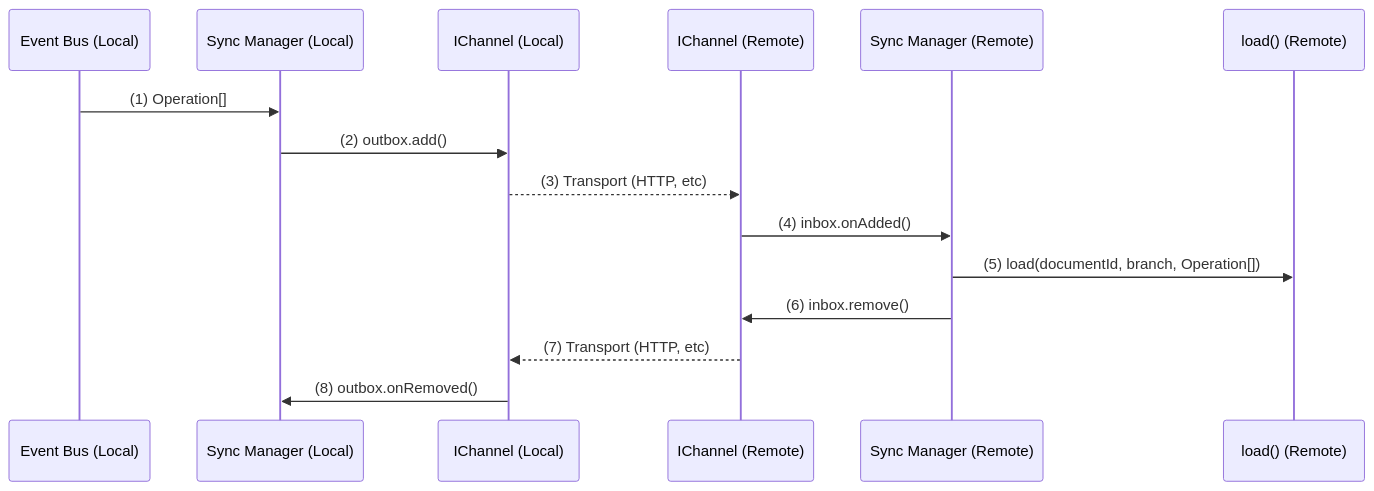
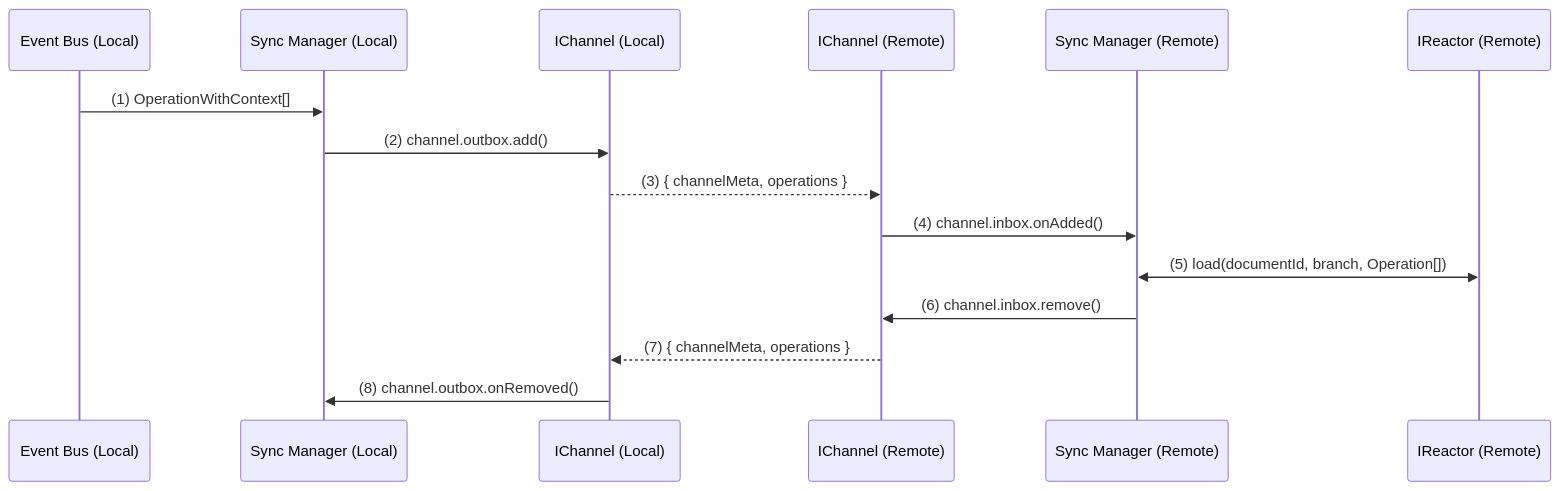
The first of 8 diagrams in packages/reactor/docs/planning/Synchronization/merged.md (powerhouse-inc/powerhouse), drawn with Mermaid before and after one commit. The commit also changed other lines of this file, not shown here.

Commit message:
chore: adding much more granularity to pull diagram

````diff
--- a/packages/reactor/docs/planning/Synchronization/merged.md
+++ b/packages/reactor/docs/planning/Synchronization/merged.md
@@ -155,18 +160,18 @@
 ```mermaid
 sequenceDiagram
     participant LocalBus as Event Bus (Local)
     participant SyncMgr as Sync Manager (Local)
     participant Channel as IChannel (Local)
     participant RemoteChannel as IChannel (Remote)
     participant RemoteSyncMgr as Sync Manager (Remote)
-    participant RemoteLoad as load() (Remote)
+    participant RemoteLoad as IReactor (Remote)
 
-    LocalBus->>SyncMgr: (1) Operation[]
-    SyncMgr->>Channel: (2) outbox.add()
-    Channel-->>RemoteChannel: (3) Transport (HTTP, etc)
-    RemoteChannel->>RemoteSyncMgr: (4) inbox.onAdded()
-    RemoteSyncMgr->>RemoteLoad: (5) load(documentId, branch, Operation[])
-    RemoteSyncMgr->>RemoteChannel: (6) inbox.remove()
-    RemoteChannel-->>Channel: (7) Transport (HTTP, etc)
-    Channel->>SyncMgr: (8) outbox.onRemoved()
+    LocalBus->>SyncMgr: (1) OperationWithContext[]
+    SyncMgr->>Channel: (2) channel.outbox.add()
+    Channel-->>RemoteChannel: (3) { channelMeta, operations }
+    RemoteChannel->>RemoteSyncMgr: (4) channel.inbox.onAdded()
+    RemoteSyncMgr<<->>RemoteLoad: (5) load(documentId, branch, Operation[])
+    RemoteSyncMgr->>RemoteChannel: (6) channel.inbox.remove()
+    RemoteChannel-->>Channel: (7) { channelMeta, operations }
+    Channel->>SyncMgr: (8) channel.outbox.onRemoved()
 ```
````
